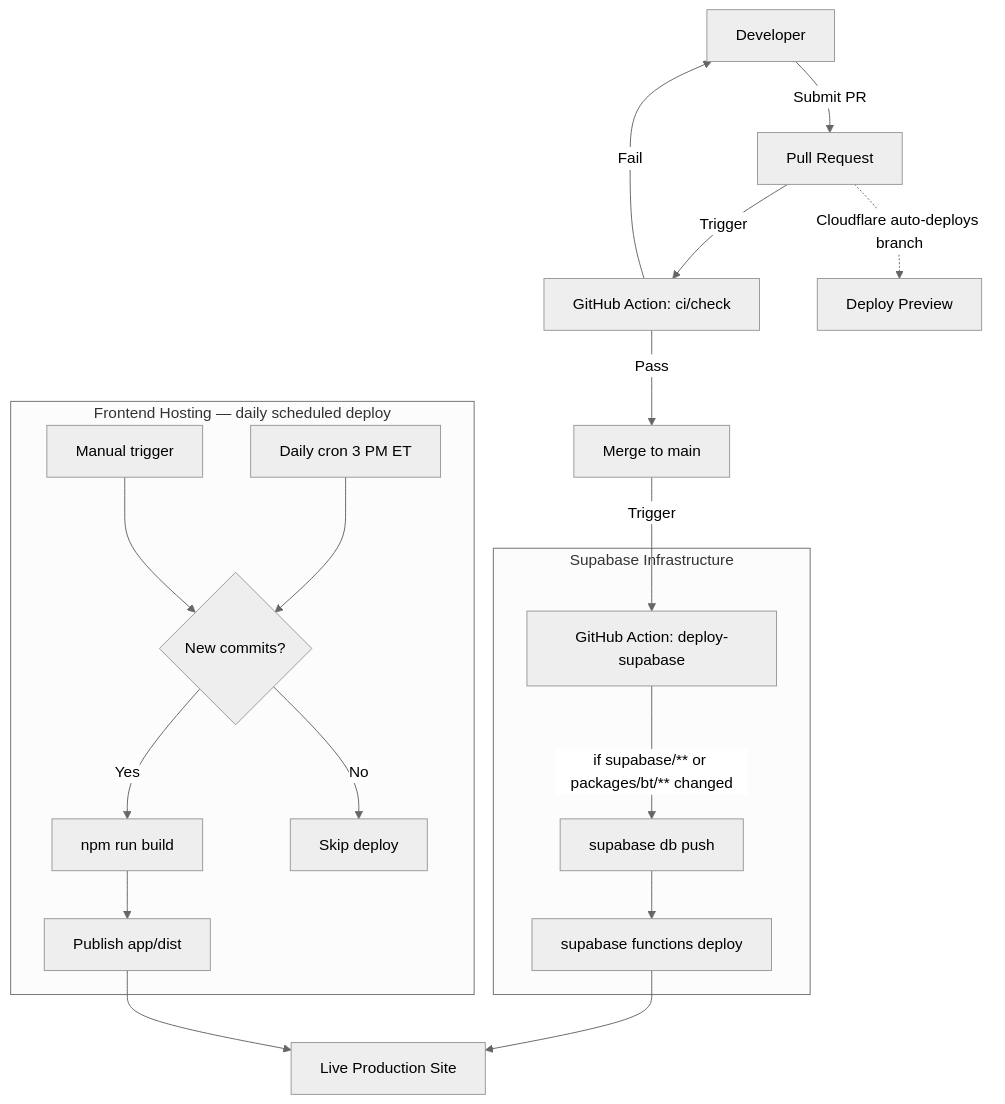
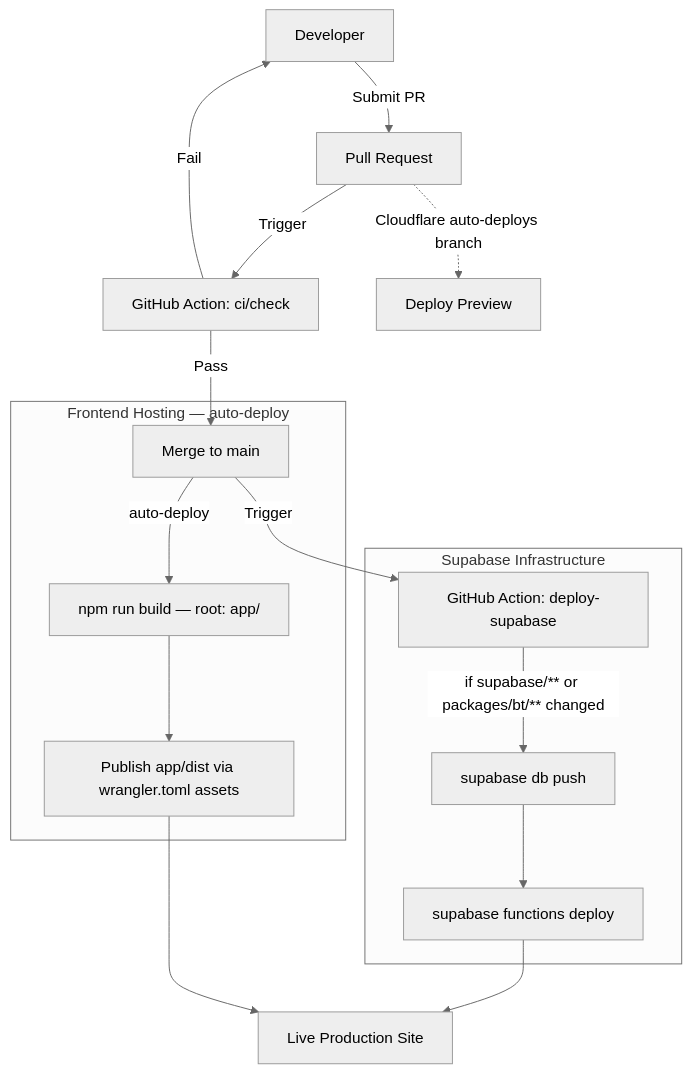
Before and after one commit to pandeiro/CoasterRank: the diagram in README.md, drawn with Mermaid (neutral theme). The commit also changed other lines of this file and 4 other files, not shown here.

Commit message:
docs: finalize Cloudflare auto-deploy — remove Netlify refs, fix output dir

````diff
--- a/README.md
+++ b/README.md
@@ -37,26 +37,23 @@
 ```mermaid
 graph TD
     Dev[Developer] -->|Submit PR| PR[Pull Request]
     PR -->|Trigger| CI[GitHub Action: ci/check]
     PR -.->|Cloudflare auto-deploys branch| Preview[Deploy Preview]
     CI -->|Pass| Merge[Merge to main]
     CI -->|Fail| Dev
 
     Merge -->|Trigger| GH_Deploy[GitHub Action: deploy-supabase]
 
     subgraph Supabase [Supabase Infrastructure]
         GH_Deploy -->|if supabase/** or packages/bt/** changed| DB[supabase db push]
         DB --> Func[supabase functions deploy]
     end
 
-    subgraph Frontend [Frontend Hosting — daily scheduled deploy]
-        Cron[Daily cron 3 PM ET] --> Check{New commits?}
-        Manual[Manual trigger] --> Check
-        Check -->|Yes| Build[npm run build]
-        Check -->|No| Skip[Skip deploy]
-        Build --> Deploy[Publish app/dist]
+    subgraph Frontend [Frontend Hosting — auto-deploy]
+        Merge -->|auto-deploy| Build[npm run build — root: app/]
+        Build --> Deploy[Publish app/dist via wrangler.toml assets]
     end
 
     Func --> Site[Live Production Site]
     Deploy --> Site
 ```
````
